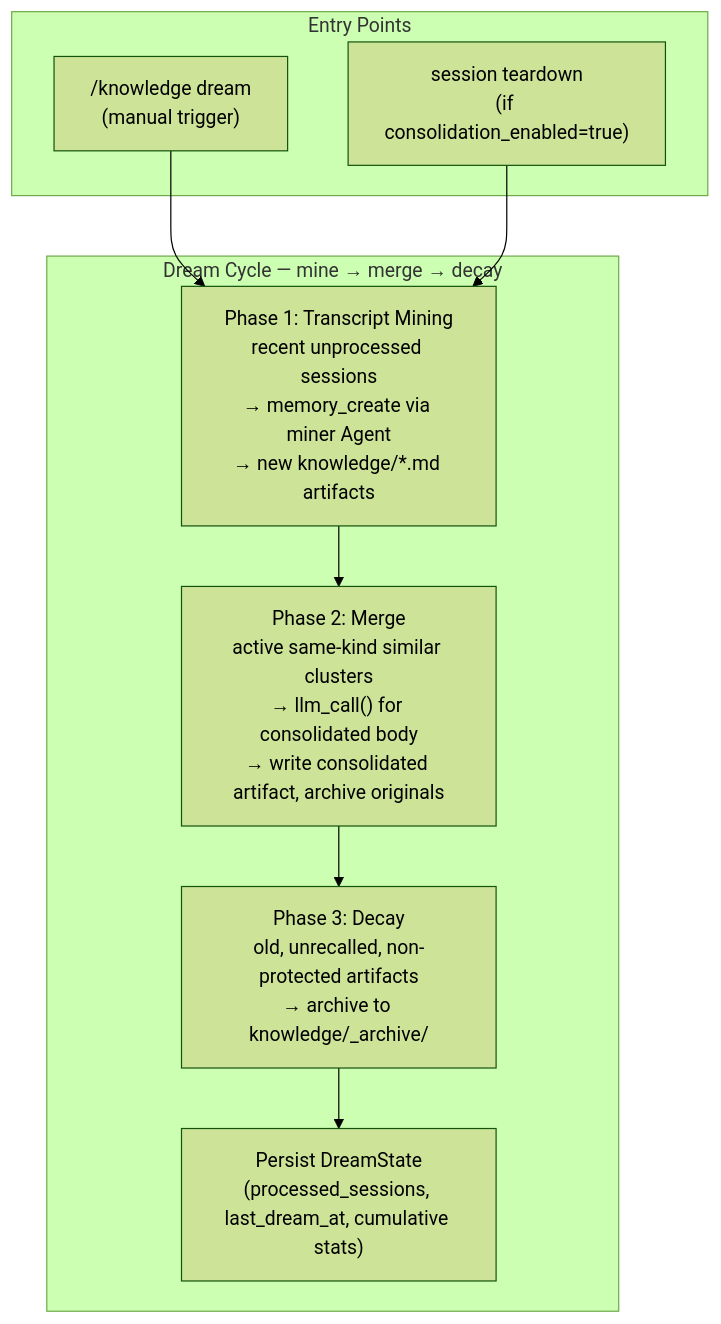
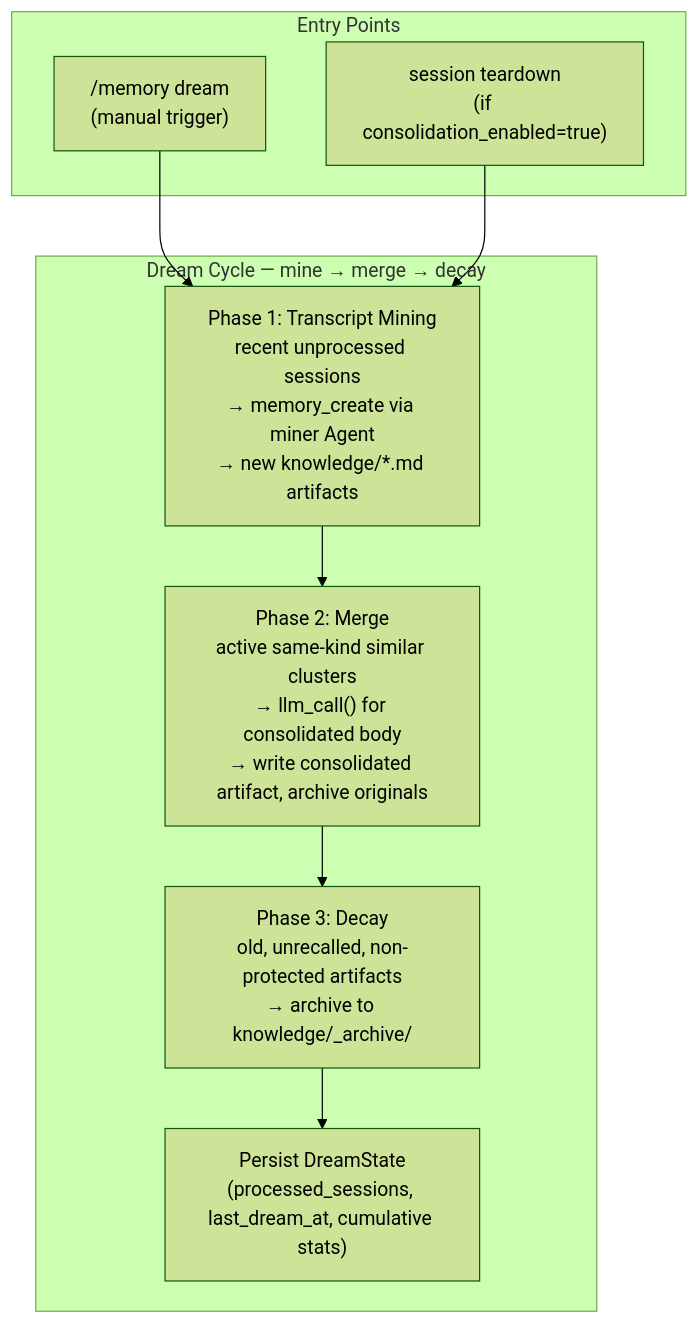
The diagram in docs/specs/dream.md (binlecode/co-cli), drawn with Mermaid (forest theme) before and after one commit. The commit also changed other lines of this file and 40 other files, not shown here.

````diff
--- a/docs/specs/dream.md
+++ b/docs/specs/dream.md
@@ -18,20 +18,20 @@
 ```mermaid
 flowchart TD
     subgraph Entry["Entry Points"]
-        Manual["/knowledge dream\n(manual trigger)"]
+        Manual["/memory dream\n(manual trigger)"]
         Auto["session teardown\n(if consolidation_enabled=true)"]
     end
 
     subgraph Cycle["Dream Cycle — mine → merge → decay"]
         Mine["Phase 1: Transcript Mining\nrecent unprocessed sessions\n→ memory_create via miner Agent\n→ new knowledge/*.md artifacts"]
         Merge["Phase 2: Merge\nactive same-kind similar clusters\n→ llm_call() for consolidated body\n→ write consolidated artifact, archive originals"]
         Decay["Phase 3: Decay\nold, unrecalled, non-protected artifacts\n→ archive to knowledge/_archive/"]
         State["Persist DreamState\n(processed_sessions, last_dream_at, cumulative stats)"]
     end
 
     Manual --> Mine
     Auto --> Mine
     Mine --> Merge
     Merge --> Decay
     Decay --> State
 ```
````
